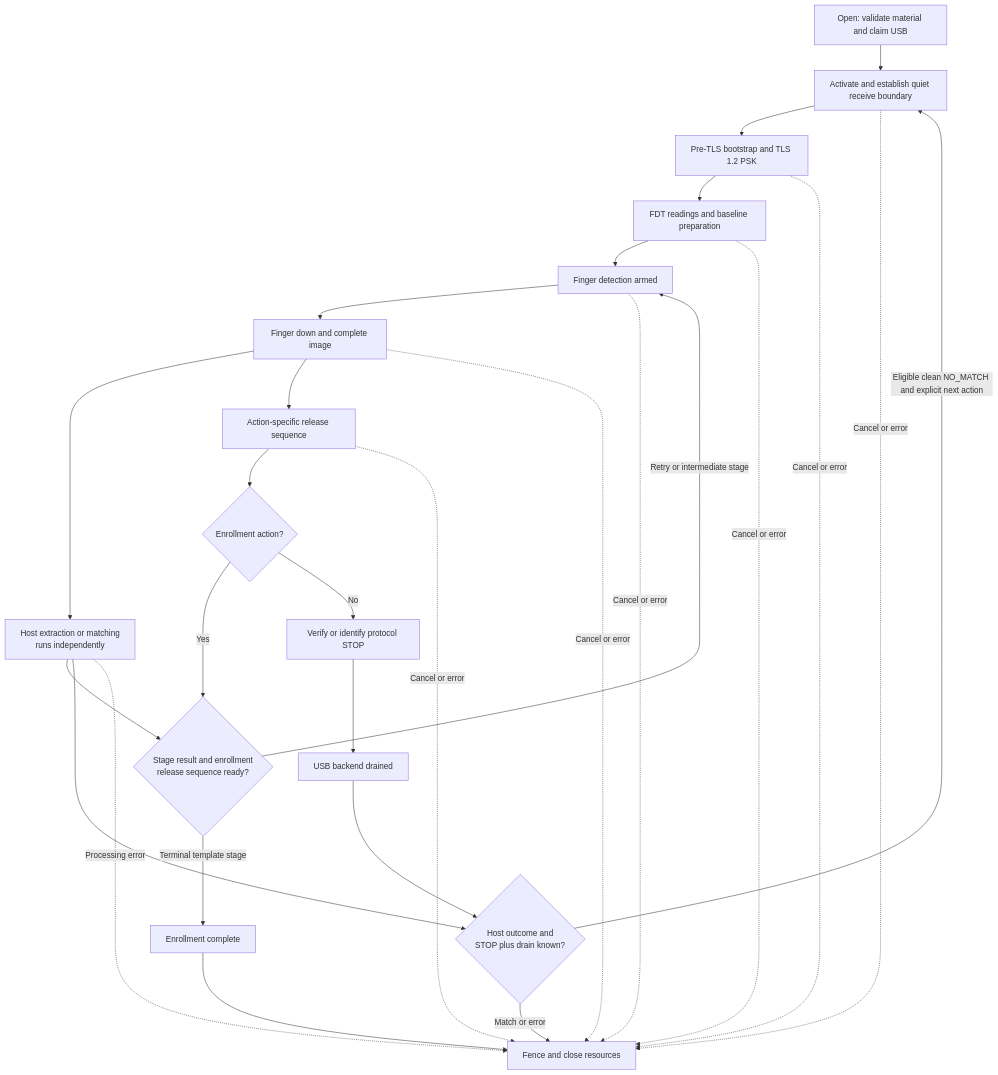
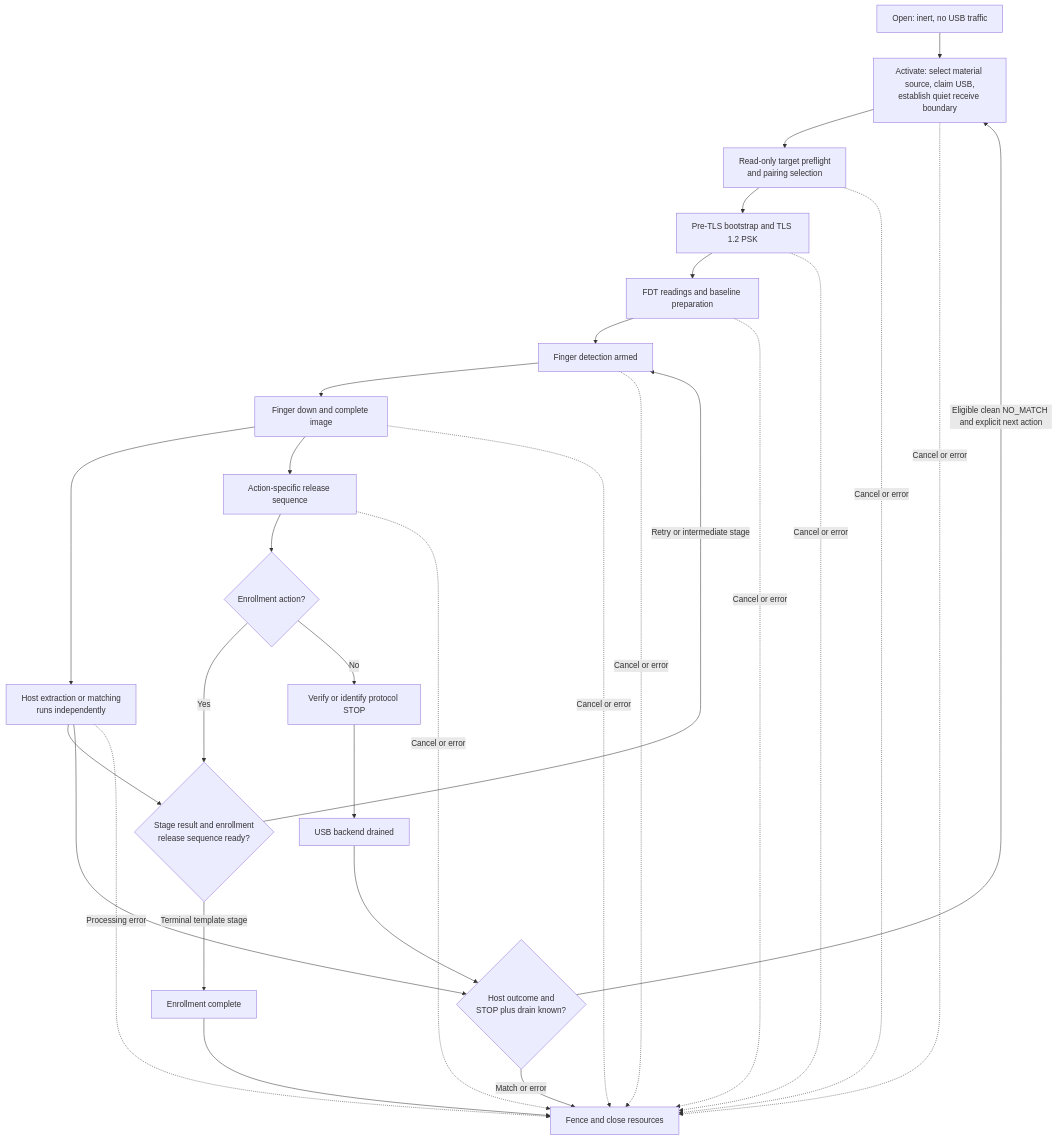
Before and after one commit to sorguido/goodix-27c6-5125: the second of 6 diagrams in TECHNICAL_MANUAL.md, drawn with Mermaid. The commit also changed other lines of this file and 19 other files, not shown here.

````diff
--- a/TECHNICAL_MANUAL.md
+++ b/TECHNICAL_MANUAL.md
@@ -409,29 +422,31 @@
 ```mermaid
 flowchart TD
-    Opened["Open: validate material and claim USB"] --> Syncing["Activate and establish quiet receive boundary"]
-    Syncing --> Bootstrap["Pre-TLS bootstrap and TLS 1.2 PSK"]
+    Opened["Open: inert, no USB traffic"] --> Syncing["Activate: select material source, claim USB,<br/>establish quiet receive boundary"]
+    Syncing --> Preflight["Read-only target preflight<br/>and pairing selection"]
+    Preflight --> Bootstrap["Pre-TLS bootstrap and TLS 1.2 PSK"]
     Bootstrap --> Prepare["FDT readings and baseline preparation"]
     Prepare --> Armed["Finger detection armed"]
     Armed --> Image["Finger down and complete image"]
     Image --> Host["Host extraction or matching<br/>runs independently"]
     Image --> Release["Action-specific release sequence"]
     Release --> Kind{"Enrollment action?"}
     Kind -- Yes --> EnrollGate{"Stage result and enrollment<br/>release sequence ready?"}
     Host --> EnrollGate
     EnrollGate -- Retry or intermediate stage --> Armed
     EnrollGate -- Terminal template stage --> EnrollDone["Enrollment complete"]
     EnrollDone --> Closing["Fence and close resources"]
     Kind -- No --> Stop["Verify or identify protocol STOP"]
     Stop --> Drain["USB backend drained"]
     Host --> TerminalGate{"Host outcome and<br/>STOP plus drain known?"}
     Drain --> TerminalGate
     TerminalGate -- Eligible clean NO_MATCH and explicit next action --> Syncing
     TerminalGate -- Match or error --> Closing
     Syncing -. Cancel or error .-> Closing
+    Preflight -. Cancel or error .-> Closing
     Bootstrap -. Cancel or error .-> Closing
     Prepare -. Cancel or error .-> Closing
     Armed -. Cancel or error .-> Closing
     Image -. Cancel or error .-> Closing
     Release -. Cancel or error .-> Closing
     Host -. Processing error .-> Closing
 ```
````
